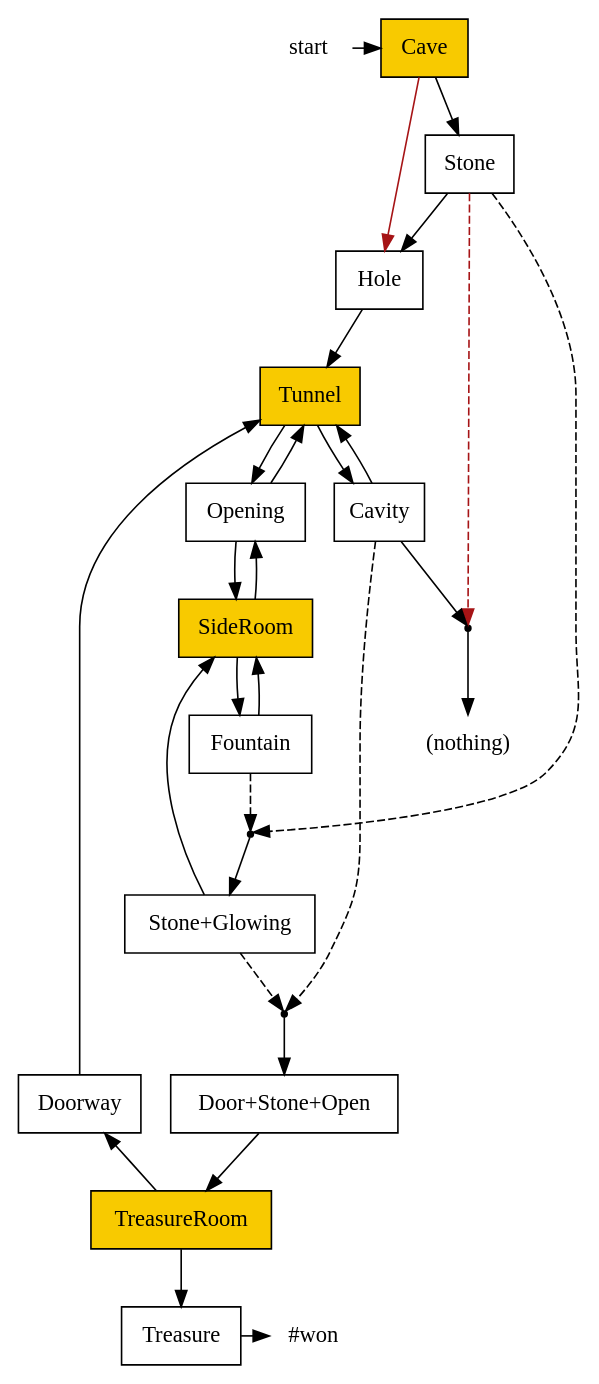
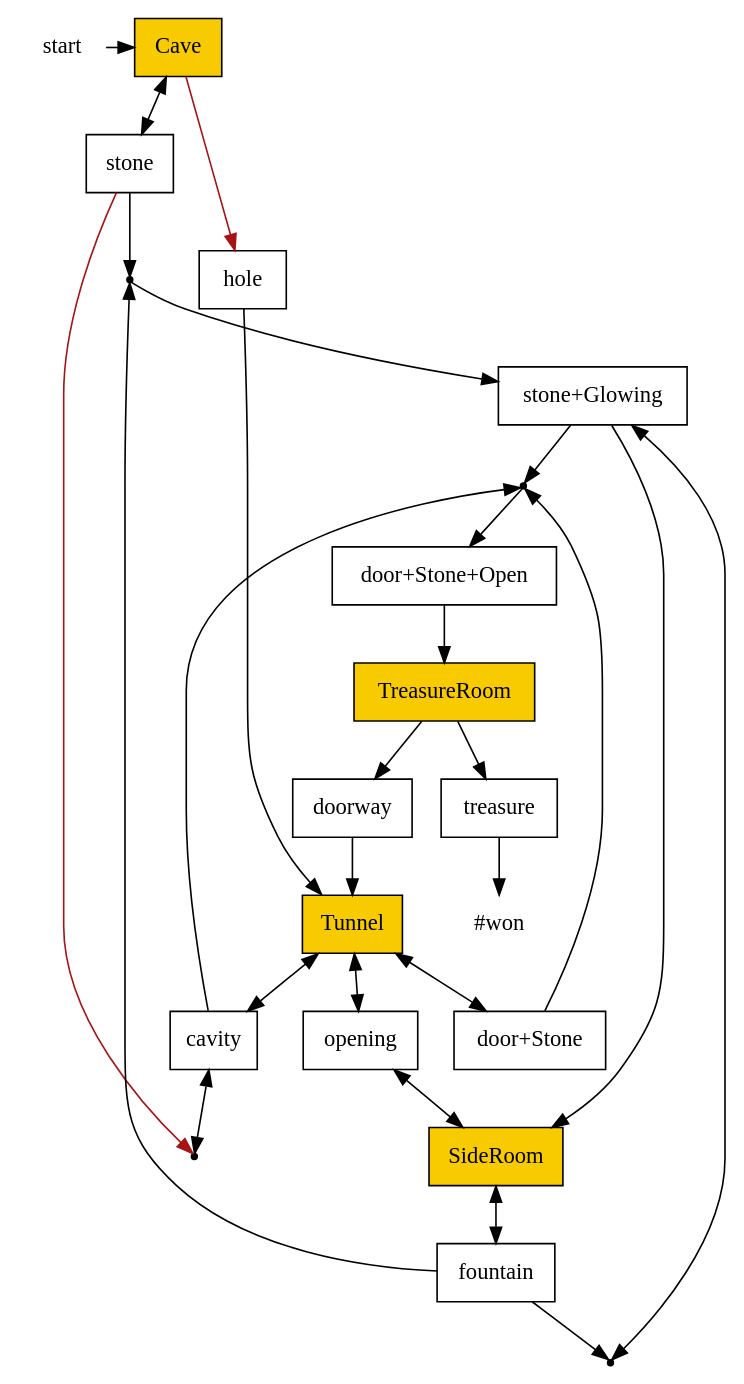
Before and after one commit to julienq/golem: the diagram in picotachi/dependencies.gv, drawn with Graphviz. The commit also changed 19 other files, not shown here.

```diff
--- a/picotachi/dependencies.gv
+++ b/picotachi/dependencies.gv
@@ -1,57 +1,57 @@
 digraph deadend {
 
   node [fontname=Avenir, shape=box];
   edge [fontname=Avenir];
 
   { rank=same; start [shape=plaintext]; Cave [style=filled, fillcolor="#f8ca00"]; }
 
   start -> Cave;
-  Cave -> Stone;
-  Cave -> Hole [color="#a61416"];
-  Stone -> Hole;
-  Stone -> c [style=dashed, color="#a61416"];
-  Cavity -> c;
+  Cave -> stone [dir=both];
+  Cave -> hole [color="#a61416"];
+  stone -> c [color="#a61416"];
+  cavity -> c [dir=both];
   c [shape=point];
-  c -> Nothing;
-  Nothing [shape=plaintext, label="(nothing)"];
-  Hole -> Tunnel;
-  
+  hole -> Tunnel;
+
   Tunnel [style=filled, fillcolor="#f8ca00"];
 
-  Tunnel -> Opening;
-  Tunnel -> Cavity;
-  Cavity -> Tunnel;
+  Tunnel -> opening [dir=both];
+  Tunnel -> cavity [dir=both];
+  Tunnel -> door [dir=both];
   DoorOpen -> TreasureRoom;
-  Opening -> SideRoom;
+  opening -> SideRoom [dir=both];
 
-  SideRoom -> Opening;
-  Opening -> Tunnel;
-  SideRoom -> Fountain;
-  Fountain -> SideRoom;
-  Stone -> a [style=dashed];
-  Fountain -> a [style=dashed];
+  door [label="door+Stone"];
+
+  SideRoom -> fountain [dir=both];
+  stone -> a;
+  fountain -> a;
   a -> GlowingStone;
+  GlowingStone -> aa [dir=both];
+  fountain -> aa;
   a [shape=point];
+  aa [shape=point];
 
-  GlowingStone [label="Stone+Glowing"];
+  GlowingStone [label="stone+Glowing"];
 
-  GlowingStone -> b [style=dashed];
-  Cavity -> b [style=dashed];
+  GlowingStone -> b;
+  cavity -> b;
+  door -> b;
   b [shape=point];
   b -> DoorOpen;
   GlowingStone -> SideRoom;
 
   TreasureRoom [style=filled, fillcolor="#f8ca00"];
 
-  { rank=same; DoorOpen [label="Door+Stone+Open"]; Doorway; }
+  { DoorOpen [label="door+Stone+Open"]; doorway; }
   
   SideRoom [style=filled, fillcolor="#f8ca00"];
 
-  TreasureRoom -> Doorway;
-  Doorway -> Tunnel;
-  TreasureRoom -> Treasure;
-  Treasure -> won;
+  TreasureRoom -> doorway;
+  doorway -> Tunnel;
+  TreasureRoom -> treasure;
+  treasure -> won;
 
-  { rank=same; won [shape=plaintext, label="#won"]; Treasure }
+  { won [shape=plaintext, label="#won"]; treasure }
 
 }
```
